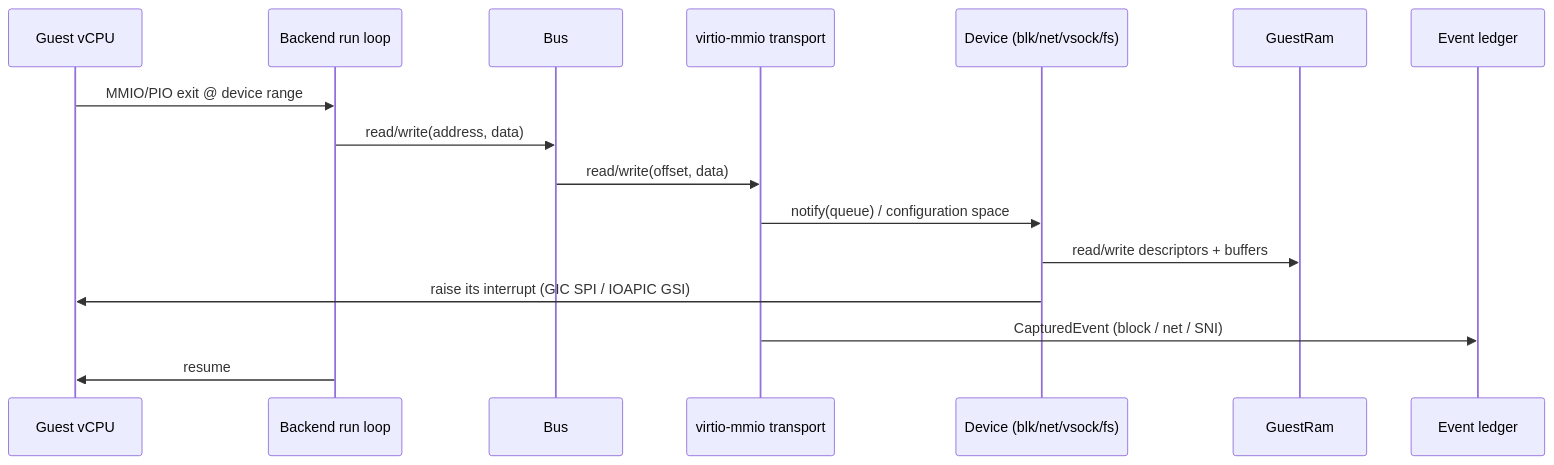
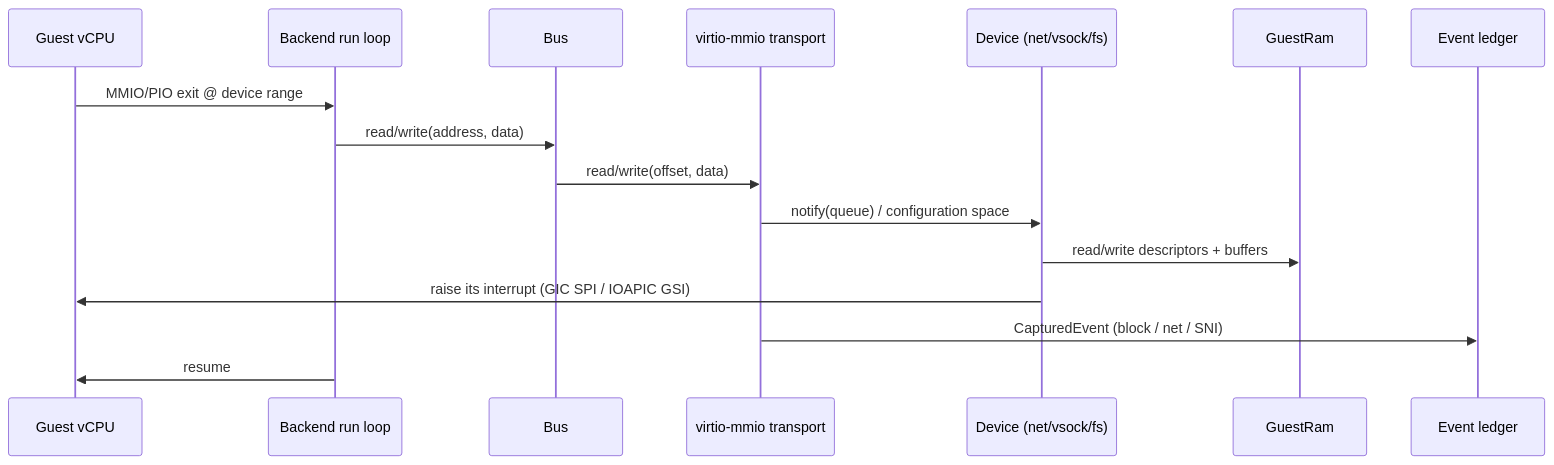
The fourth of 4 diagrams in docs/architecture.md (brig-sh/hvi-vmm), drawn with Mermaid before and after one commit. The commit also changed other lines of this file and 26 other files, not shown here.

````diff
--- a/docs/architecture.md
+++ b/docs/architecture.md
@@ -340,18 +340,18 @@
 ```mermaid
 sequenceDiagram
     participant G as Guest vCPU
     participant B as Backend run loop
     participant R as Bus
     participant T as virtio-mmio transport
-    participant D as Device (blk/net/vsock/fs)
+    participant D as Device (net/vsock/fs)
     participant M as GuestRam
     participant L as Event ledger
     G->>B: MMIO/PIO exit @ device range
     B->>R: read/write(address, data)
     R->>T: read/write(offset, data)
     T->>D: notify(queue) / configuration space
     D->>M: read/write descriptors + buffers
     D->>G: raise its interrupt (GIC SPI / IOAPIC GSI)
     T->>L: CapturedEvent (block / net / SNI)
     B->>G: resume
 ```
````
